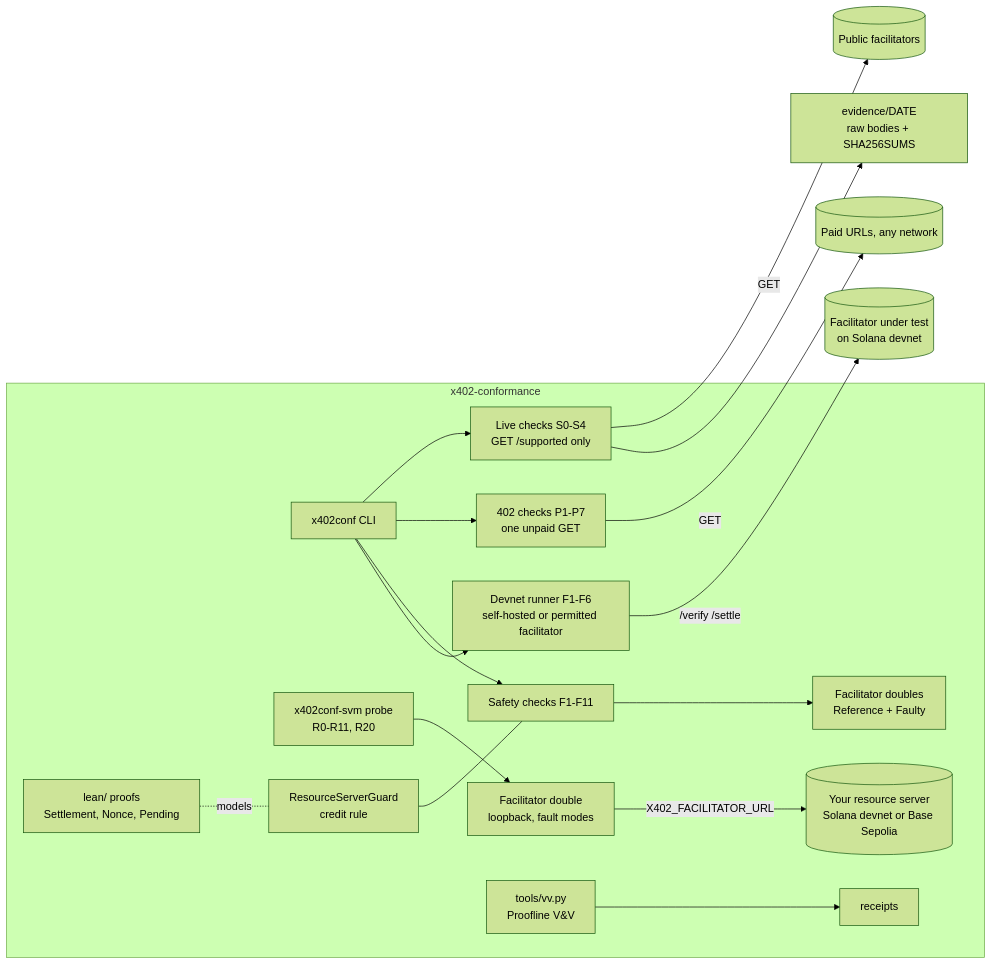
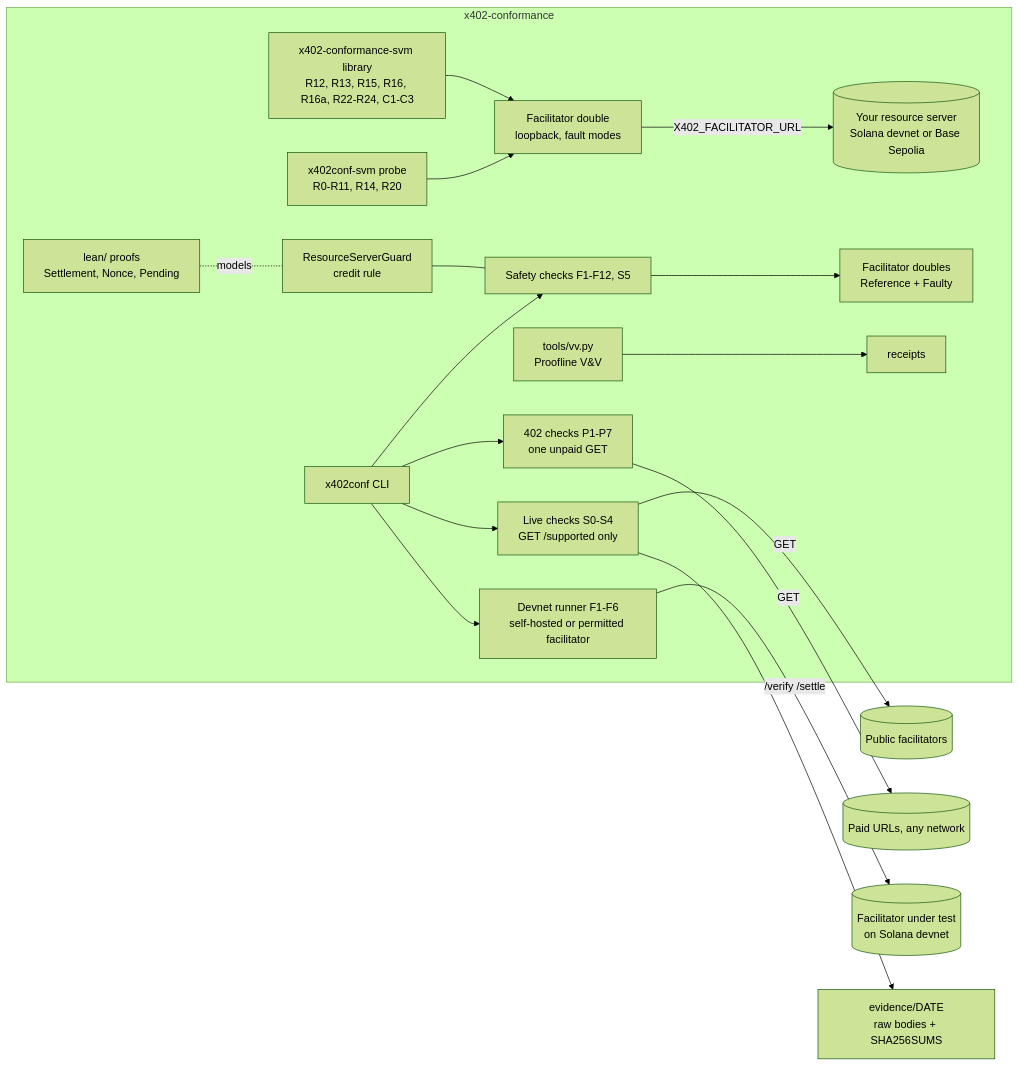
One commit to actions-marketplace-validations/atsp-protocol_x402-conformance changed the diagram in docs/ARCHITECTURE.md. Above: the diagram before and after it, drawn with Mermaid (forest theme). The commit also changed other lines of this file and 46 other files, not shown here.

````diff
--- a/docs/ARCHITECTURE.md
+++ b/docs/ARCHITECTURE.md
@@ -5,19 +5,20 @@
 ```mermaid
 flowchart LR
   subgraph suite[x402-conformance]
     CLI[x402conf CLI] --> LIVE[Live checks S0-S4<br/>GET /supported only]
     CLI --> RES[402 checks P1-P7<br/>one unpaid GET]
-    PROBE[x402conf-svm probe<br/>R0-R11, R20] --> DBL[Facilitator double<br/>loopback, fault modes]
+    PROBE[x402conf-svm probe<br/>R0-R11, R14, R20] --> DBL[Facilitator double<br/>loopback, fault modes]
+    LIB[x402-conformance-svm library<br/>R12, R13, R15, R16, R16a, R22-R24, C1-C3] --> DBL
     DBL -->|X402_FACILITATOR_URL| RS[(Your resource server<br/>Solana devnet or Base Sepolia)]
-    CLI --> OFF[Safety checks F1-F11]
+    CLI --> OFF[Safety checks F1-F12, S5]
     OFF --> DOUBLES[Facilitator doubles<br/>Reference + Faulty]
     CLI --> DEVNET[Devnet runner F1-F6<br/>self-hosted or permitted facilitator]
     GUARD[ResourceServerGuard<br/>credit rule] --- OFF
     LEAN[lean/ proofs<br/>Settlement, Nonce, Pending] -. models .- GUARD
     VV[tools/vv.py<br/>Proofline V&V] --> RCPT[receipts]
   end
   LIVE -->|GET| PUB[(Public facilitators)]
   RES -->|GET| PAID[(Paid URLs, any network)]
   DEVNET -->|/verify /settle| OWN[(Facilitator under test<br/>on Solana devnet)]
   LIVE --> EVID[evidence/DATE<br/>raw bodies + SHA256SUMS]
 ```
````
